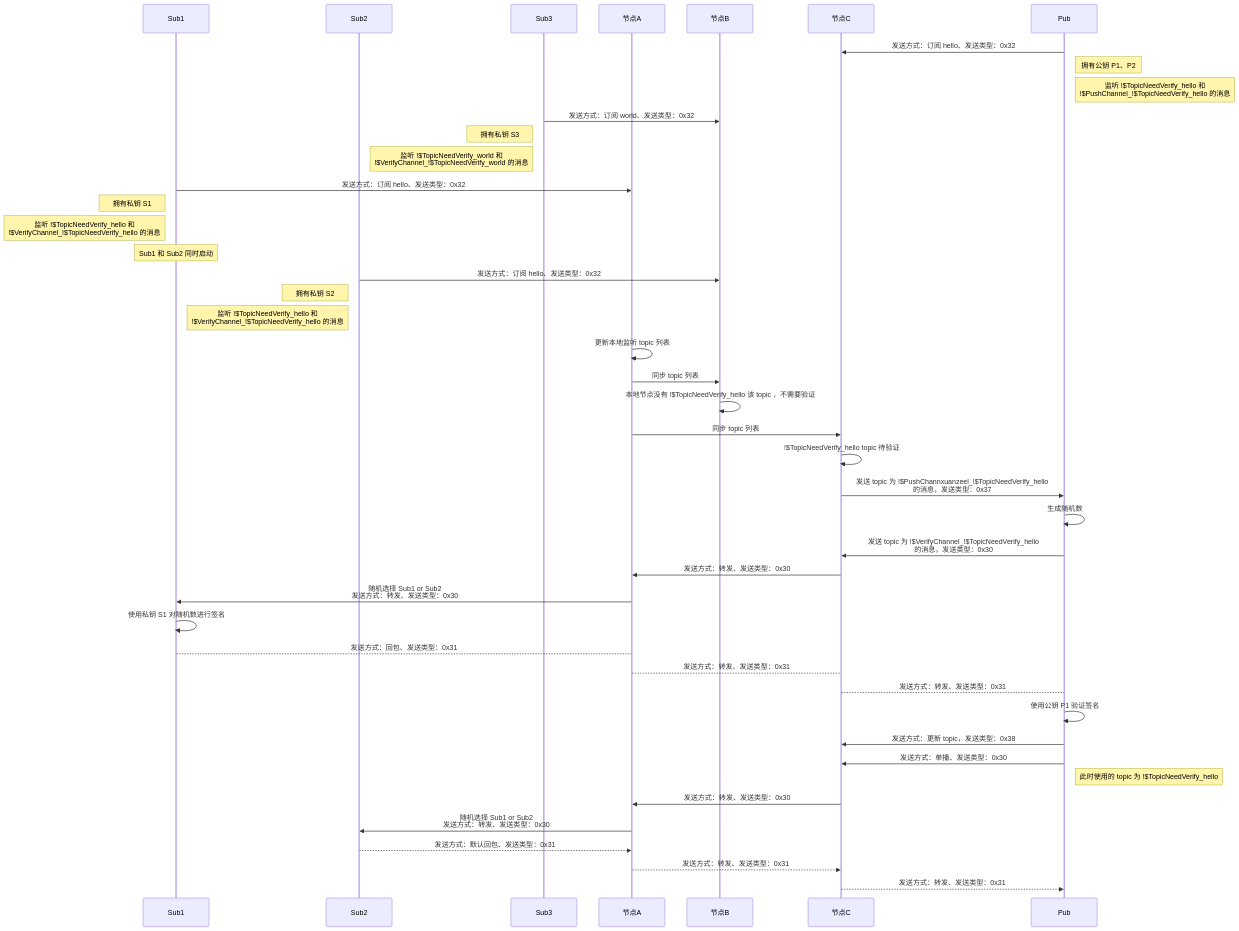
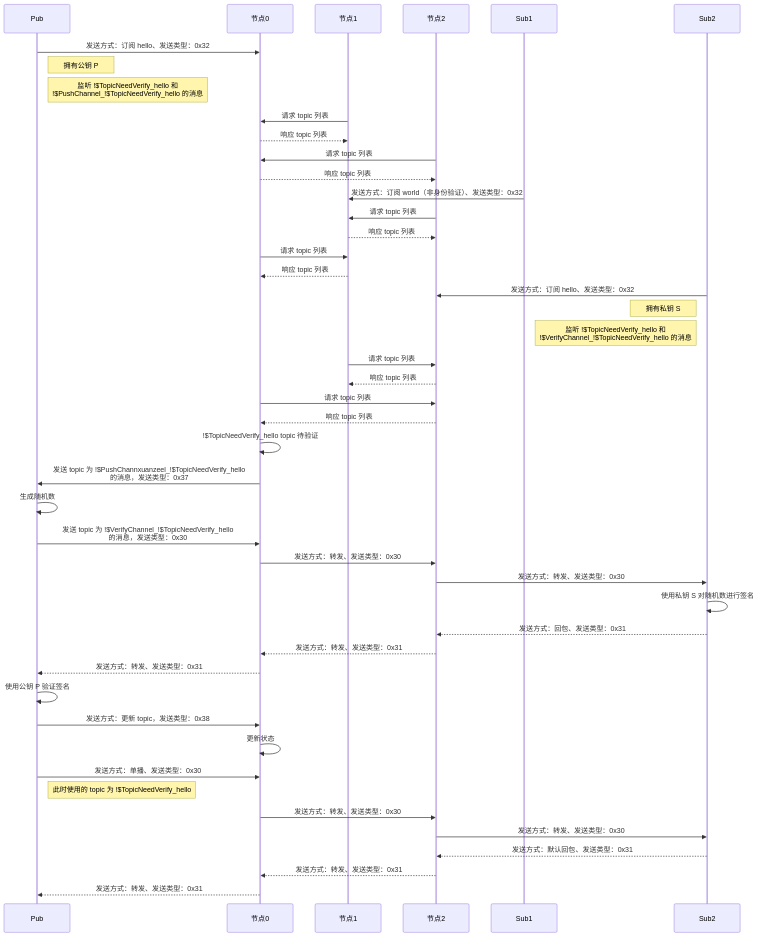
Before and after one commit to sulenn/blogDir: the third of 3 diagrams in practice/实习期工作计划/工作产出/amop/时序图.md, drawn with Mermaid. The commit also changed 6 other files, not shown here.

````diff
--- a/practice/实习期工作计划/工作产出/amop/时序图.md
+++ b/practice/实习期工作计划/工作产出/amop/时序图.md
@@ -80,90 +80,98 @@
 ```mermaid
 sequenceDiagram
+  
+  participant Pub
+
+  participant 节点0
+ 
+  participant 节点1
+  
+  participant 节点2
 
   participant Sub1
   
   participant Sub2
   
-  participant Sub3
-
-  participant 节点A
- 
-  participant 节点B
+  Pub->>节点0: 发送方式：订阅 hello、发送类型：0x32
   
-  participant 节点C
-  
-  participant Pub
-  
-  Pub->>节点C: 发送方式：订阅 hello、发送类型：0x32
-  
-  Note right of Pub: 拥有公钥 P1、P2
+  Note right of Pub: 拥有公钥 P
   
   Note right of Pub: 监听 !$TopicNeedVerify_hello 和<br>!$PushChannel_!$TopicNeedVerify_hello 的消息
+  
+  节点1->>节点0: 请求 topic 列表
+  
+  节点0-->>节点1: 响应 topic 列表
+  
+  节点2->>节点0: 请求 topic 列表
+  
+  节点0-->>节点2: 响应 topic 列表
 
-  Sub3->>节点B: 发送方式：订阅 world、发送类型：0x32
+  Sub1->>节点1: 发送方式：订阅 world（非身份验证）、发送类型：0x32
   
-  Note left of Sub3: 拥有私钥 S3
+  节点2 ->> 节点1: 请求 topic 列表
   
-  Note left of Sub3: 监听 !$TopicNeedVerify_world 和<br>!$VerifyChannel_!$TopicNeedVerify_world 的消息
+  节点1-->>节点2: 响应 topic 列表
   
-  Sub1->>节点A: 发送方式：订阅 hello、发送类型：0x32
+  节点0->>节点1: 请求 topic 列表
   
-  Note left of Sub1: 拥有私钥 S1
+  节点1-->>节点0: 响应 topic 列表
   
-  Note left of Sub1: 监听 !$TopicNeedVerify_hello 和<br>!$VerifyChannel_!$TopicNeedVerify_hello 的消息
-
-  Note over Sub1:  Sub1 和 Sub2 同时启动
-
-  Sub2->>节点B: 发送方式：订阅 hello、发送类型：0x32
+  Sub2->>节点2: 发送方式：订阅 hello、发送类型：0x32
   
-  Note left of Sub2: 拥有私钥 S2
+  Note left of Sub2: 拥有私钥 S
   
   Note left of Sub2: 监听 !$TopicNeedVerify_hello 和<br>!$VerifyChannel_!$TopicNeedVerify_hello 的消息
   
-  节点A->>节点A: 更新本地监听 topic 列表
+  节点1 ->> 节点2: 请求 topic 列表
+  
+  节点2-->>节点1: 响应 topic 列表
+  
+  节点0->>节点2: 请求 topic 列表
+  
+  节点2-->>节点0: 响应 topic 列表
 
-  节点A->>节点B: 同步 topic 列表
+  节点0->>节点0: !$TopicNeedVerify_hello topic 待验证
 
-  节点B->>节点B: 本地节点没有 !$TopicNeedVerify_hello 该 topic ，不需要验证
-
-  节点A->>节点C: 同步 topic 列表
-
-  节点C->>节点C: !$TopicNeedVerify_hello topic 待验证
-
-  节点C->>Pub: 发送 topic 为 !$PushChannxuanzeel_!$TopicNeedVerify_hello<br>的消息，发送类型：0x37
+  节点0->>Pub: 发送 topic 为 !$PushChannxuanzeel_!$TopicNeedVerify_hello<br>的消息，发送类型：0x37
   
   Pub->>Pub: 生成随机数
   
-  Pub->>节点C: 发送 topic 为 !$VerifyChannel_!$TopicNeedVerify_hello<br>的消息，发送类型：0x30
+  Pub->>节点0: 发送 topic 为 !$VerifyChannel_!$TopicNeedVerify_hello<br>的消息，发送类型：0x30
   
-  节点C->>节点A: 发送方式：转发、发送类型：0x30
+  节点0->>节点2: 发送方式：转发、发送类型：0x30
   
-  节点A->>Sub1: 随机选择 Sub1 or Sub2<br>发送方式：转发、发送类型：0x30
+  节点2->>Sub2: 发送方式：转发、发送类型：0x30
   
-  Sub1->>Sub1: 使用私钥 S1 对随机数进行签名
+  Sub2->>Sub2: 使用私钥 S 对随机数进行签名
   
-  Sub1-->节点A: 发送方式：回包、发送类型：0x31
+  Sub2-->>节点2: 发送方式：回包、发送类型：0x31
   
-  节点A-->节点C: 发送方式：转发、发送类型：0x31
+  节点2-->>节点0: 发送方式：转发、发送类型：0x31
   
-  节点C-->Pub: 发送方式：转发、发送类型：0x31
+  节点0-->>Pub: 发送方式：转发、发送类型：0x31
    
-  Pub->>Pub: 使用公钥 P1 验证签名
+  Pub->>Pub: 使用公钥 P 验证签名
   
-  Pub->>节点C: 发送方式：更新 topic，发送类型：0x38
+  Pub->>节点0: 发送方式：更新 topic，发送类型：0x38
   
-  Pub->>节点C: 发送方式：单播、发送类型：0x30
+  节点0->>节点0: 更新状态
+  
+  Pub->>节点0: 发送方式：单播、发送类型：0x30
   
   Note right of Pub: 此时使用的 topic 为 !$TopicNeedVerify_hello
 
-  节点C->>节点A: 发送方式：转发、发送类型：0x30
+  节点0->>节点2: 发送方式：转发、发送类型：0x30
+  
+  节点2->>Sub2: 发送方式：转发、发送类型：0x30
 
-  节点A->>Sub2: 随机选择 Sub1 or Sub2<br>发送方式：转发、发送类型：0x30
 
-  Sub2-->>节点A: 发送方式：默认回包、发送类型：0x31
+  
 
-  节点A-->>节点C: 发送方式：转发、发送类型：0x31
+  
 
-  节点C-->>Pub: 发送方式：转发、发送类型：0x31
+  Sub2-->>节点2: 发送方式：默认回包、发送类型：0x31
 
+  节点2-->>节点0: 发送方式：转发、发送类型：0x31
+
+  节点0-->>Pub: 发送方式：转发、发送类型：0x31
 ```
````
